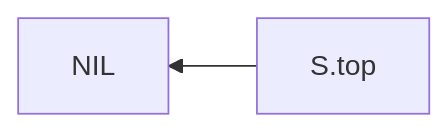
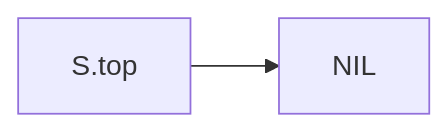
Before and after one commit to Eurydia/notes-singularity: the second of 15 diagrams in Computer science/Data structures/Stack.md, drawn with Mermaid. The commit also changed other lines of this file and 4 other files, not shown here.

````diff
--- a/Computer science/Data structures/Stack.md
+++ b/Computer science/Data structures/Stack.md
@@ -15,4 +19,4 @@
-	```mermaid
-	flowchart RL
-	S.top-->NIL
-	```
+```mermaid
+flowchart LR
+S.top-->NIL
+```
````
